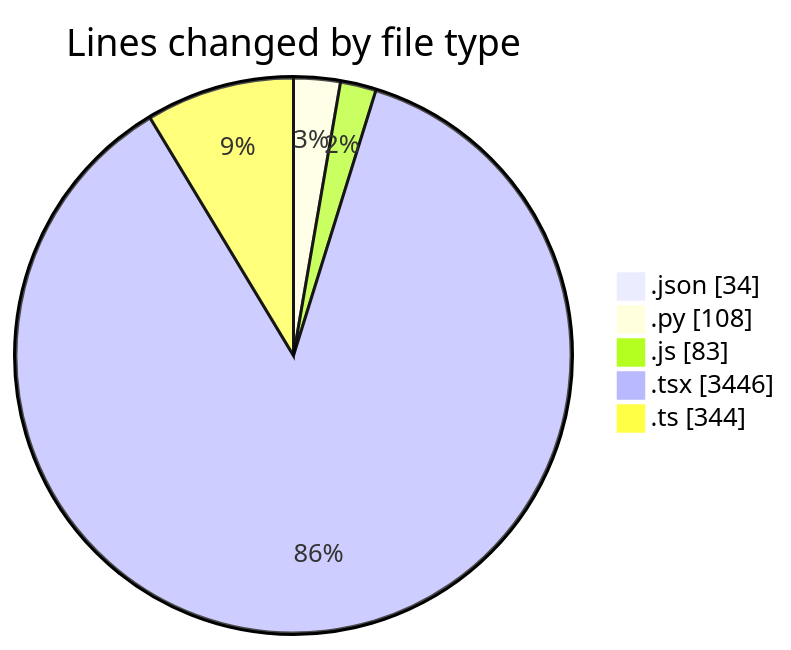
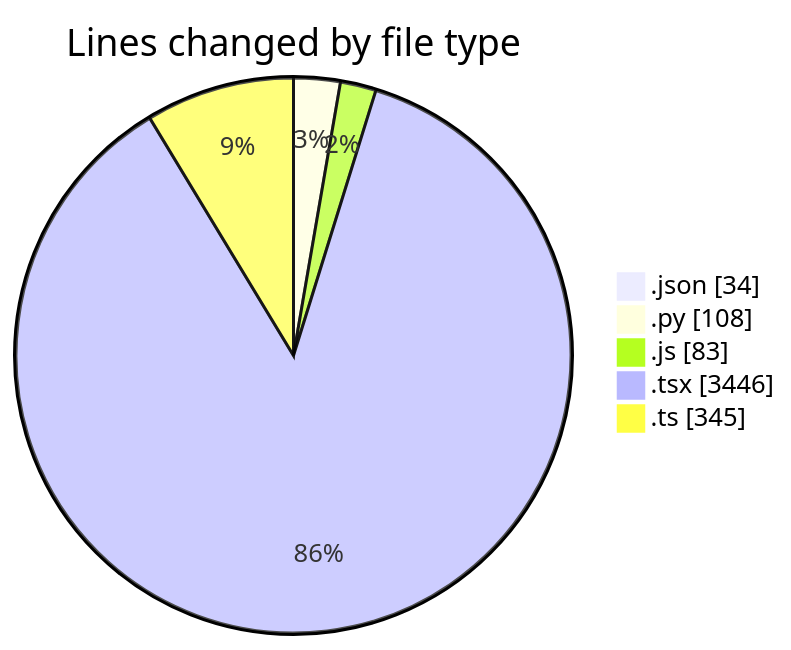
Before and after one commit to nxtqubesakshisongat/code-tracking: the first of 2 diagrams in 2026-07-28/nxtqube_webapp/README.md, drawn with Mermaid. The commit also changed other lines of this file and 1 other file, not shown here.

````diff
--- a/2026-07-28/nxtqube_webapp/README.md
+++ b/2026-07-28/nxtqube_webapp/README.md
@@ -34,9 +34,9 @@
 ```mermaid
 pie showData
 title Lines changed by file type
 ".json" : 34
 ".py" : 108
 ".js" : 83
 ".tsx" : 3446
-".ts" : 344
+".ts" : 345
 ```
````
